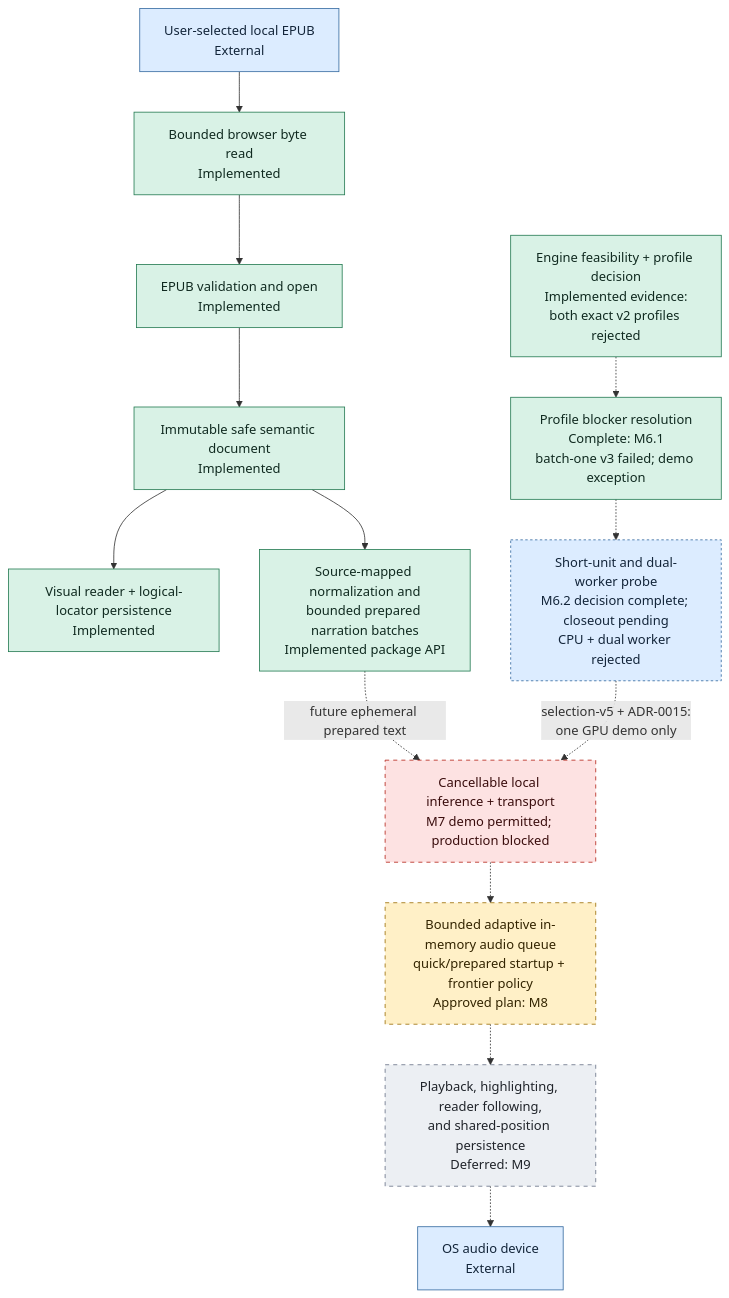
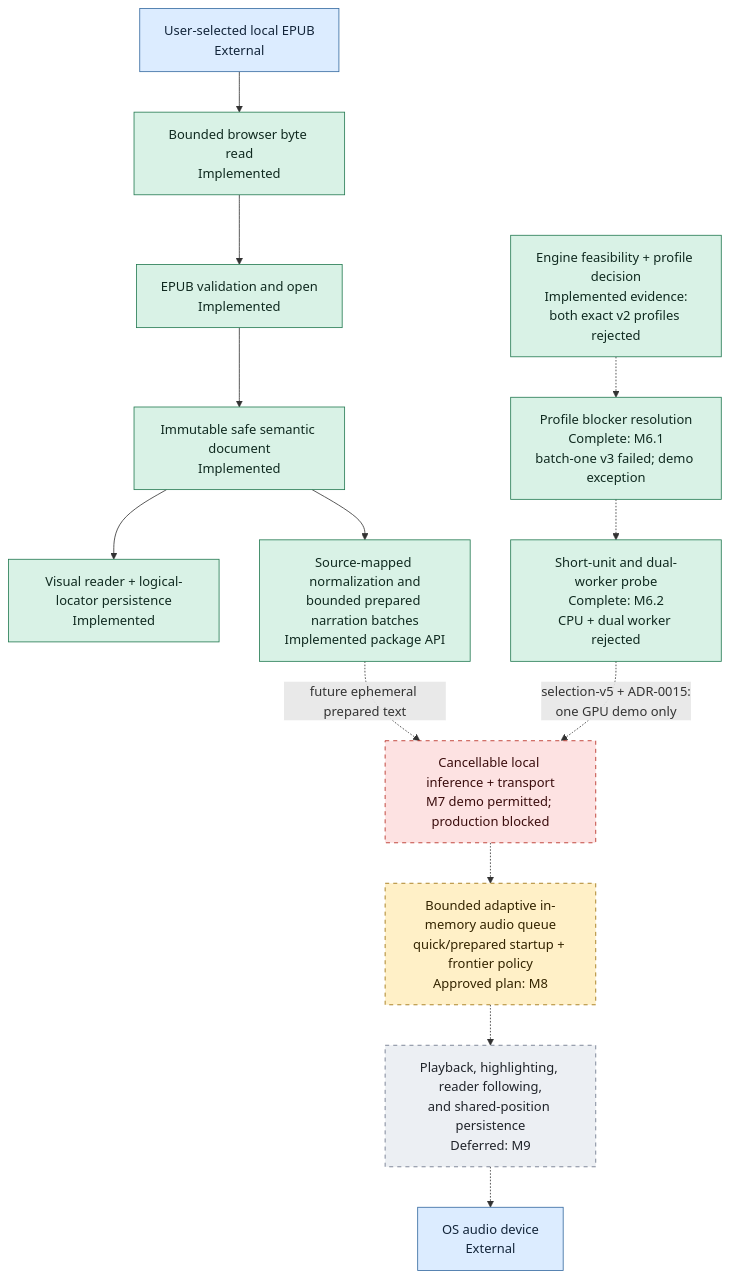
One commit to mmjosedaniel/voxleaf changed the second of 2 diagrams in docs/architecture/system-diagram.md. Above: the diagram before and after it, drawn with Mermaid. The commit also changed other lines of this file and 13 other files, not shown here.

Commit message:
docs(tts): complete milestone 6.2 closeout

````diff
--- a/docs/architecture/system-diagram.md
+++ b/docs/architecture/system-diagram.md
@@ -107,33 +107,33 @@
 ```mermaid
 flowchart TD
     classDef implemented fill:#d9f2e6,stroke:#247a52,color:#102a20
     classDef progress fill:#dcecff,stroke:#356aa0,color:#13253a,stroke-dasharray: 3 3
     classDef planned fill:#fff0c7,stroke:#9a6b00,color:#332400,stroke-dasharray: 5 5
     classDef blocked fill:#fde2e2,stroke:#b42318,color:#3a0d0d,stroke-dasharray: 5 5
     classDef deferred fill:#eceff3,stroke:#667085,color:#20242a,stroke-dasharray: 5 5
     classDef external fill:#dcecff,stroke:#356aa0,color:#13253a
 
     FILE["User-selected local EPUB<br/>External"]:::external
     READ["Bounded browser byte read<br/>Implemented"]:::implemented
     OPEN["EPUB validation and open<br/>Implemented"]:::implemented
     SAFE["Immutable safe semantic document<br/>Implemented"]:::implemented
     VISUAL["Visual reader + logical-locator persistence<br/>Implemented"]:::implemented
     PREP["Source-mapped normalization and<br/>bounded prepared narration batches<br/>Implemented package API"]:::implemented
     PROFILE["Engine feasibility + profile decision<br/>Implemented evidence:<br/>both exact v2 profiles rejected"]:::implemented
     NEXT_PROFILE["Profile blocker resolution<br/>Complete: M6.1<br/>batch-one v3 failed; demo exception"]:::implemented
-    BATCH_PROBE["Short-unit and dual-worker probe<br/>M6.2 decision complete; closeout pending<br/>CPU + dual worker rejected"]:::progress
+    BATCH_PROBE["Short-unit and dual-worker probe<br/>Complete: M6.2<br/>CPU + dual worker rejected"]:::implemented
     INFER["Cancellable local inference + transport<br/>M7 demo permitted; production blocked"]:::blocked
     BUFFER["Bounded adaptive in-memory audio queue<br/>quick/prepared startup + frontier policy<br/>Approved plan: M8"]:::planned
     FOLLOW["Playback, highlighting, reader following,<br/>and shared-position persistence<br/>Deferred: M9"]:::deferred
     DEVICE["OS audio device<br/>External"]:::external
 
     FILE --> READ --> OPEN --> SAFE --> VISUAL
     SAFE --> PREP
     PREP -.->|"future ephemeral prepared text"| INFER
     PROFILE -.-> NEXT_PROFILE
     NEXT_PROFILE -.-> BATCH_PROBE
     BATCH_PROBE -.->|"selection-v5 + ADR-0015:<br/>one GPU demo only"| INFER
     INFER -.-> BUFFER
     BUFFER -.-> FOLLOW
     FOLLOW -.-> DEVICE
 ```
````
